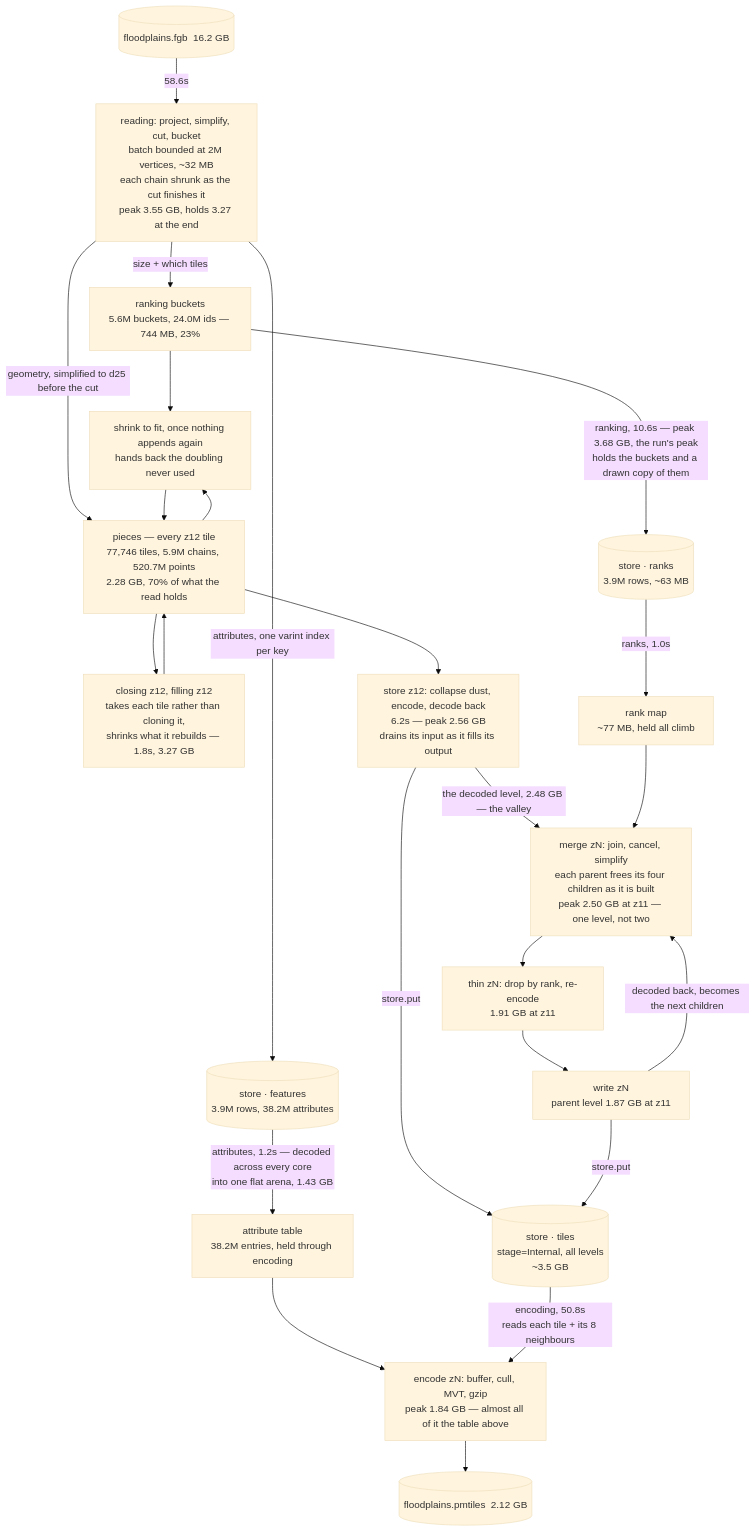
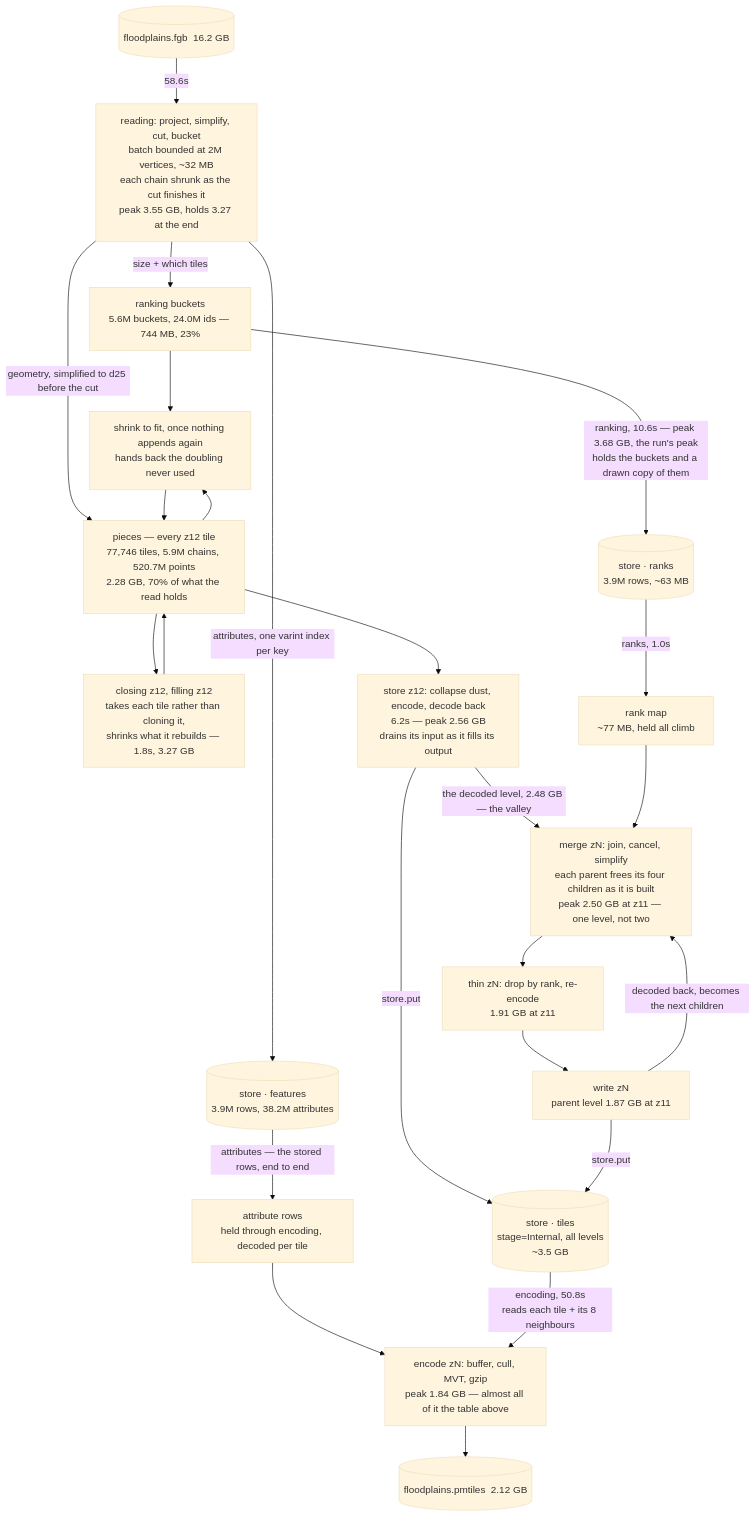
Before and after one commit to olsen232/lyvtiler: the diagram in docs/memory.md, drawn with Mermaid (base theme). The commit also changed other lines of this file and 5 other files, not shown here.

First line of the commit message:
Hold attributes as the store's rows, decoded per tile

````diff
--- a/docs/memory.md
+++ b/docs/memory.md
@@ -48,33 +48,33 @@
 ```mermaid
 flowchart TD
     FGB[("floodplains.fgb&nbsp;&nbsp;16.2 GB")]
     FGB -->|"58.6s"| READ["reading: project, simplify, cut, bucket<br/>batch bounded at 2M vertices, ~32 MB<br/>each chain shrunk as the cut finishes it<br/>peak 3.55 GB, holds 3.27 at the end"]
 
     READ -->|"attributes, one varint index per key"| FEAT[("store &middot; features<br/>3.9M rows, 38.2M attributes")]
     READ -->|"size + which tiles"| LAYER["ranking buckets<br/>5.6M buckets, 24.0M ids &mdash; 744 MB, 23%"]
     READ -->|"geometry, simplified to d25 before the cut"| PIECES["pieces &mdash; every z12 tile<br/>77,746 tiles, 5.9M chains, 520.7M points<br/>2.28 GB, 70% of what the read holds"]
 
     PIECES --> CLOSE["closing z12, filling z12<br/>takes each tile rather than cloning it,<br/>shrinks what it rebuilds &mdash; 1.8s, 3.27 GB"]
     CLOSE --> PIECES
     PIECES --> SHRINK["shrink to fit, once nothing appends again<br/>hands back the doubling never used"]
     LAYER --> SHRINK
     SHRINK --> PIECES
     LAYER -->|"ranking, 10.6s &mdash; peak 3.68 GB, the run's peak<br/>holds the buckets and a drawn copy of them"| RANKT[("store &middot; ranks<br/>3.9M rows, ~63 MB")]
     RANKT -->|"ranks, 1.0s"| RMAP["rank map<br/>~77 MB, held all climb"]
 
     PIECES --> STORE12["store z12: collapse dust, encode, decode back<br/>6.2s &mdash; peak 2.56 GB<br/>drains its input as it fills its output"]
     STORE12 -->|"store.put"| TILES
     STORE12 -->|"the decoded level, 2.48 GB &mdash; the valley"| MERGE
 
     RMAP --> MERGE
     MERGE["merge zN: join, cancel, simplify<br/>each parent frees its four children as it is built<br/>peak 2.50 GB at z11 &mdash; one level, not two"]
     MERGE --> THIN["thin zN: drop by rank, re-encode<br/>1.91 GB at z11"]
     THIN --> WRITE["write zN<br/>parent level 1.87 GB at z11"]
     WRITE -->|"store.put"| TILES[("store &middot; tiles<br/>stage=Internal, all levels<br/>~3.5 GB")]
     WRITE -->|"decoded back, becomes the next children"| MERGE
 
-    FEAT -->|"attributes, 1.2s &mdash; decoded across every core<br/>into one flat arena, 1.43 GB"| ATTRS["attribute table<br/>38.2M entries, held through encoding"]
+    FEAT -->|"attributes &mdash; the stored rows, end to end"| ATTRS["attribute rows<br/>held through encoding, decoded per tile"]
     ATTRS --> ENCODE
     TILES -->|"encoding, 50.8s<br/>reads each tile + its 8 neighbours"| ENCODE["encode zN: buffer, cull, MVT, gzip<br/>peak 1.84 GB &mdash; almost all of it the table above"]
     ENCODE --> PMT[("floodplains.pmtiles&nbsp;&nbsp;2.12 GB")]
 ```
````
